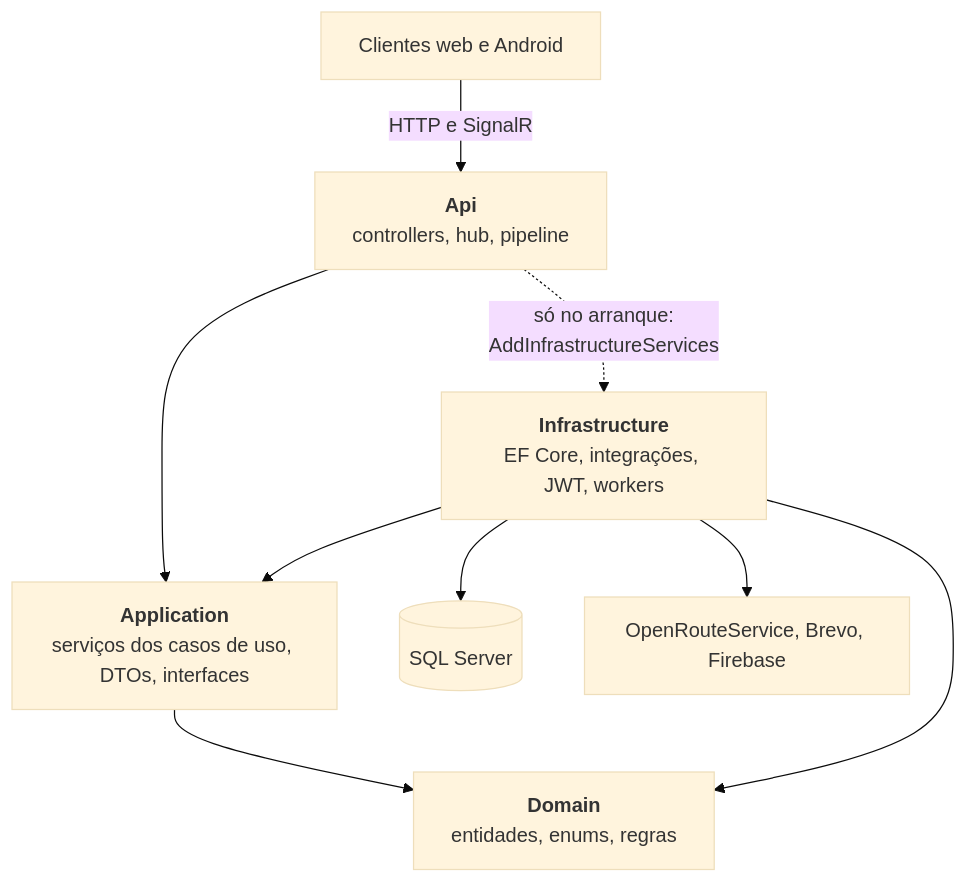
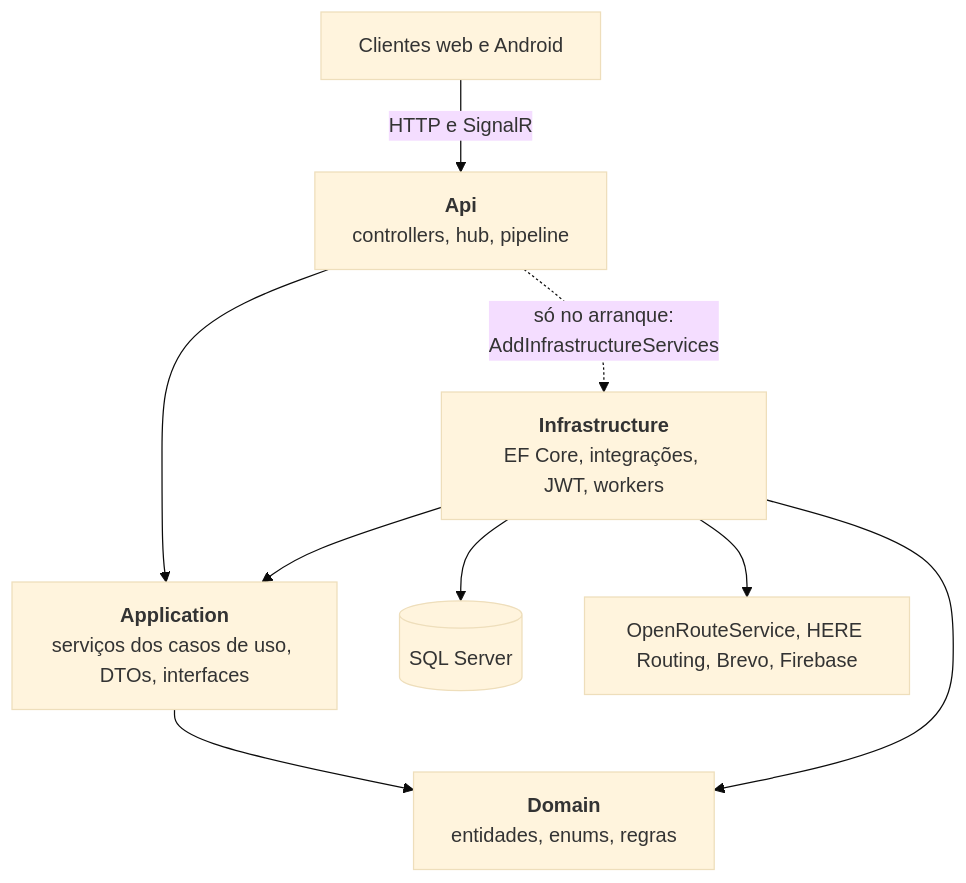
Before and after one commit to gobbrin/LDS2627: the first of 7 diagrams in docs/backend/arquitetura/GUIA-DO-CODIGO.md, drawn with Mermaid (base theme). The commit also changed other lines of this file and 149 other files, not shown here.

````diff
--- a/docs/backend/arquitetura/GUIA-DO-CODIGO.md
+++ b/docs/backend/arquitetura/GUIA-DO-CODIGO.md
@@ -29,12 +29,12 @@
 ```mermaid
 flowchart TD
     Cliente["Clientes web e Android"] -->|"HTTP e SignalR"| Api
     Api["<b>Api</b><br/>controllers, hub, pipeline"] --> App
     Infra["<b>Infrastructure</b><br/>EF Core, integrações, JWT, workers"] --> App
     App["<b>Application</b><br/>serviços dos casos de uso, DTOs, interfaces"] --> Dom
     Infra --> Dom
     Dom["<b>Domain</b><br/>entidades, enums, regras"]
     Api -.->|"só no arranque:<br/>AddInfrastructureServices"| Infra
     Infra --> BD[("SQL Server")]
-    Infra --> Ext["OpenRouteService, Brevo, Firebase"]
+    Infra --> Ext["OpenRouteService, HERE Routing, Brevo, Firebase"]
 ```
````
